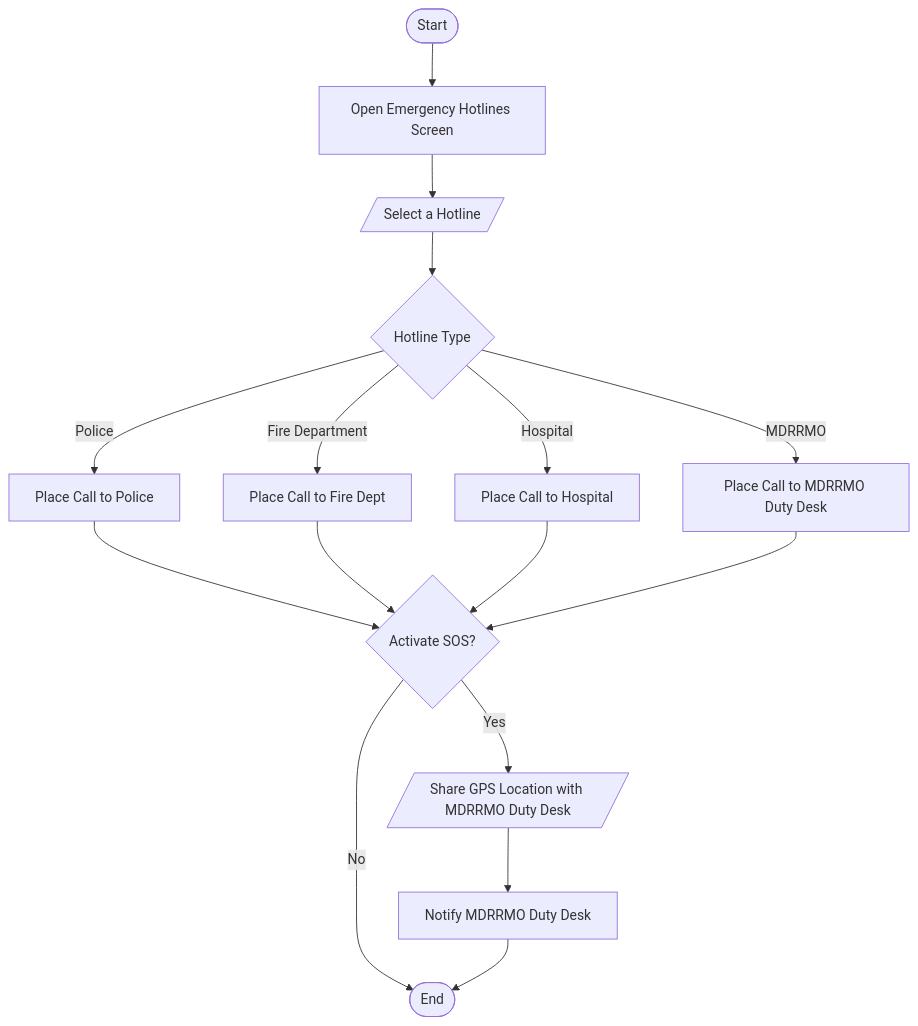
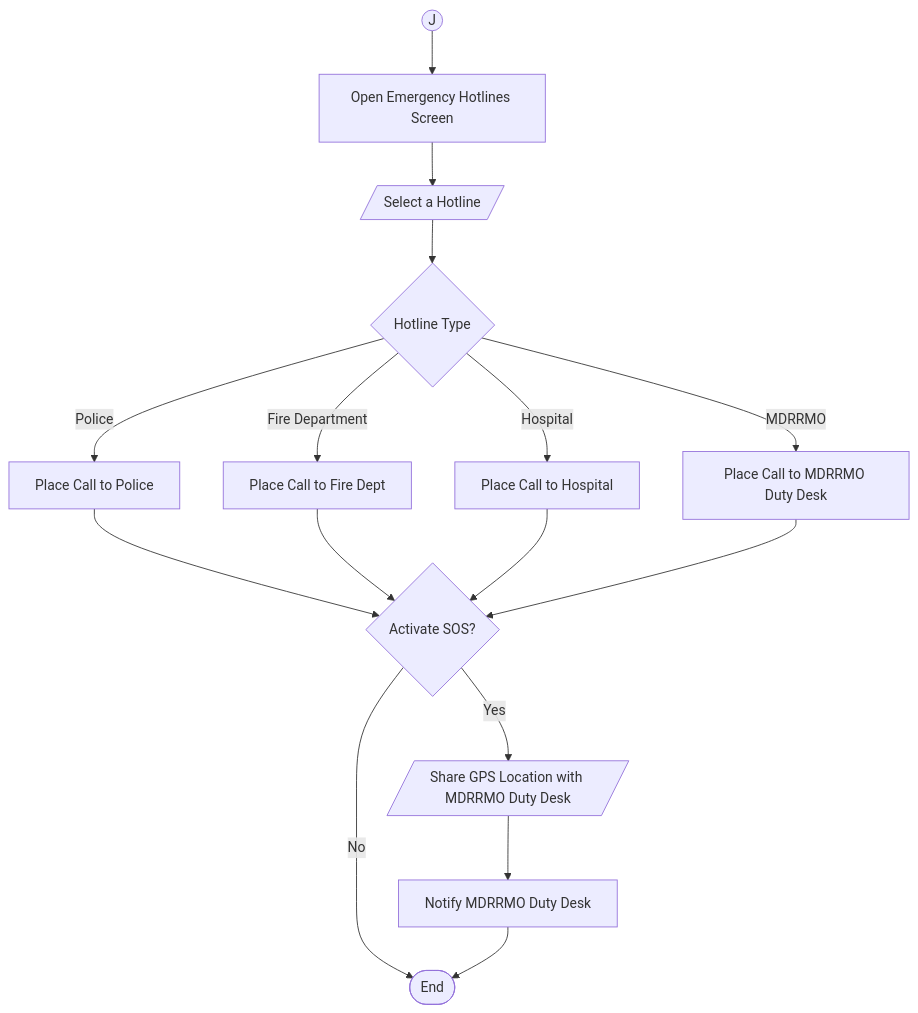
Before and after one commit to Jechrispotato/Refractor: diagram 25 of 33 in Manuscript/diagrams.md, drawn with Mermaid. The commit also changed other lines of this file and 13 other files, not shown here.

````diff
--- a/Manuscript/diagrams.md
+++ b/Manuscript/diagrams.md
@@ -501,18 +507,18 @@
 ```mermaid
 flowchart TD
-    Start([Start]) --> Open[Open Emergency Hotlines Screen]
+    Start((J)) --> Open[Open Emergency Hotlines Screen]
     Open --> Select[/Select a Hotline/]
     Select --> Type{Hotline Type}
     Type -->|Police| Call1[Place Call to Police]
     Type -->|Fire Department| Call2[Place Call to Fire Dept]
     Type -->|Hospital| Call3[Place Call to Hospital]
     Type -->|MDRRMO| Call4[Place Call to MDRRMO Duty Desk]
     Call1 --> SOS{Activate SOS?}
     Call2 --> SOS
     Call3 --> SOS
     Call4 --> SOS
     SOS -->|Yes| Share[/Share GPS Location with MDRRMO Duty Desk/]
     SOS -->|No| End([End])
     Share --> Duty[Notify MDRRMO Duty Desk]
     Duty --> End
 ```
````
